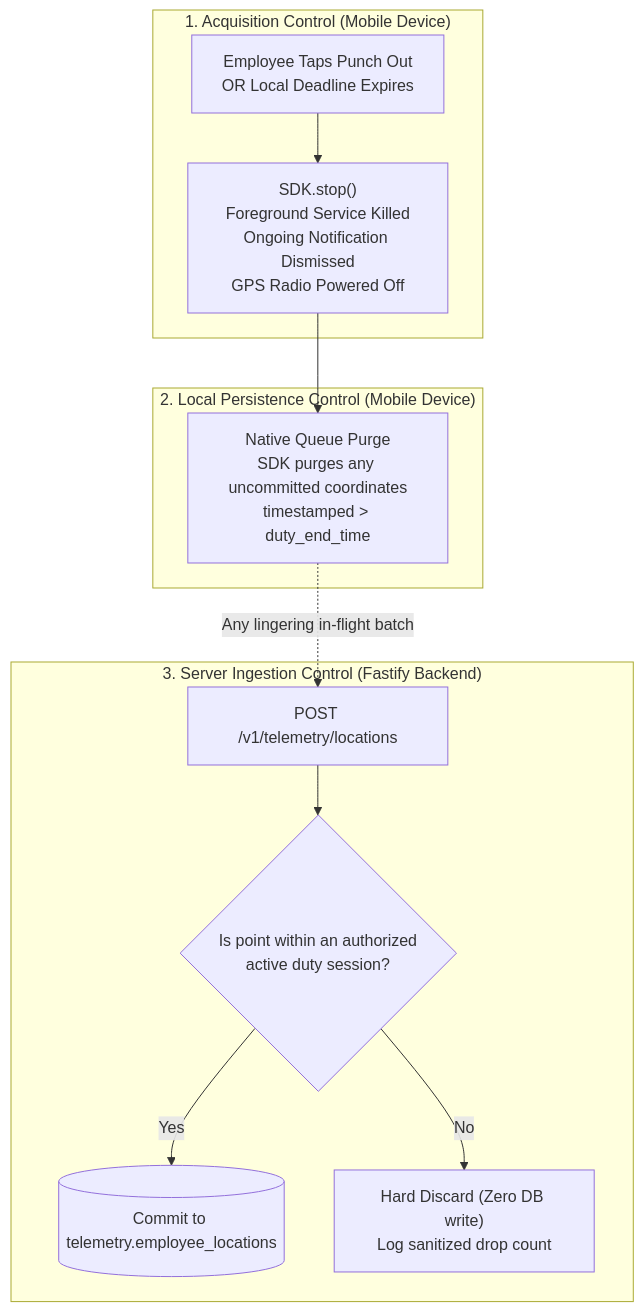
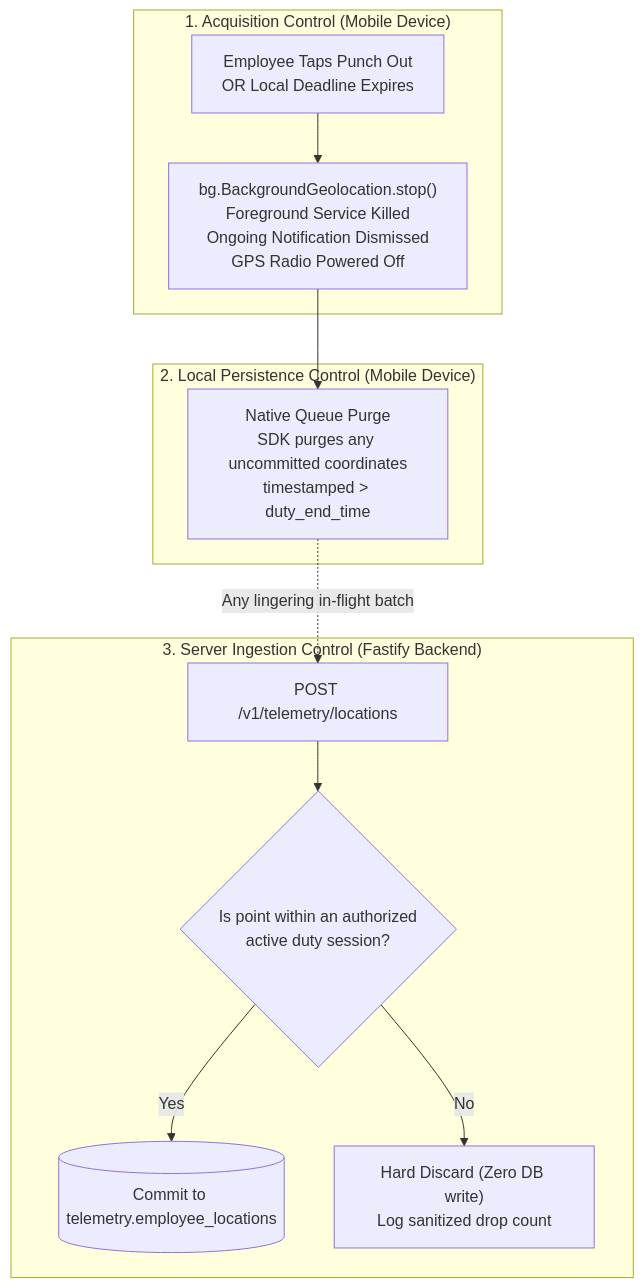
One commit to djsushilkumar/oprino changed the second of 2 diagrams in docs/architecture/ADR-008-background-location.md. Above: the diagram before and after it, drawn with Mermaid. The commit also changed other lines of this file and 151 other files, not shown here.

Commit message:
chore: freeze Flutter architecture and Phase 01B baseline

````diff
--- a/docs/architecture/ADR-008-background-location.md
+++ b/docs/architecture/ADR-008-background-location.md
@@ -96,24 +97,24 @@
 ```mermaid
 flowchart TD
     subgraph Control1["1. Acquisition Control (Mobile Device)"]
         PUNCH_OUT["Employee Taps Punch Out<br>OR Local Deadline Expires"]
-        STOP["SDK.stop()<br>Foreground Service Killed<br>Ongoing Notification Dismissed<br>GPS Radio Powered Off"]
+        STOP["bg.BackgroundGeolocation.stop()<br>Foreground Service Killed<br>Ongoing Notification Dismissed<br>GPS Radio Powered Off"]
     end
 
     subgraph Control2["2. Local Persistence Control (Mobile Device)"]
         PURGE["Native Queue Purge<br>SDK purges any uncommitted coordinates<br>timestamped > duty_end_time"]
     end
 
     subgraph Control3["3. Server Ingestion Control (Fastify Backend)"]
         INGEST["POST /v1/telemetry/locations"]
         CHECK{"Is point within an authorized<br>active duty session?"}
         SAVE[("Commit to telemetry.employee_locations")]
         DROP["Hard Discard (Zero DB write)<br>Log sanitized drop count"]
     end
 
     PUNCH_OUT --> STOP --> PURGE
     PURGE -.->|Any lingering in-flight batch| INGEST
     INGEST --> CHECK
     CHECK -- Yes --> SAVE
     CHECK -- No --> DROP
 ```
````
